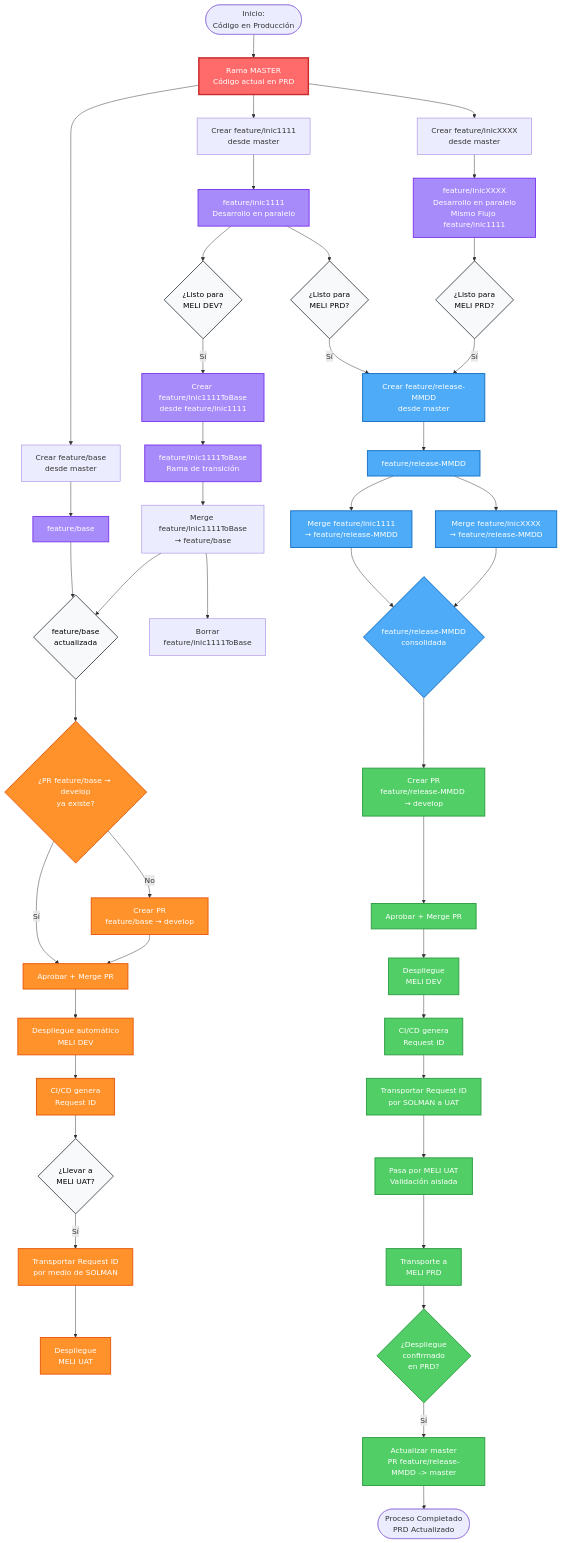
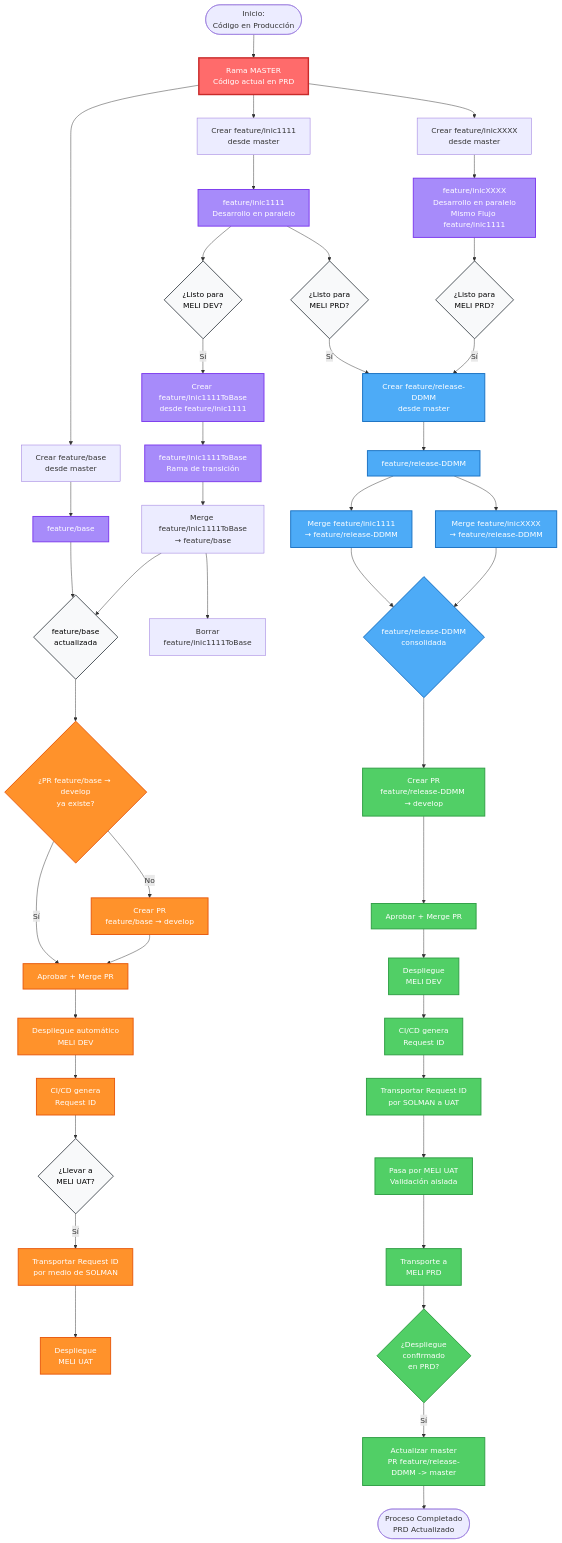
The diagram in flujo-github-paralelo.md (jajaramillo/flujo-github-paralelo), drawn with Mermaid before and after one commit. The commit also changed other lines of this file, not shown here.

Commit message:
Update release format from MMDD to DDMM

````diff
--- a/flujo-github-paralelo.md
+++ b/flujo-github-paralelo.md
@@ -23,81 +23,81 @@
 ```mermaid
 flowchart TD
     Start([Inicio:<br/>Código en Producción]) --> Master[Rama MASTER<br/>Código actual en PRD]
     
     
     Master --> CreateBase[Crear feature/base<br/>desde master]
     Master --> CreateDev1[Crear feature/inic1111<br/>desde master]    
     Master --> CreateDevN[Crear feature/inicXXXX<br/>desde master]
        
     CreateBase --> Base[feature/base]
     CreateDev1 --> Dev1[feature/inic1111<br/>Desarrollo en paralelo]    
     CreateDevN --> DevN[feature/inicXXXX<br/>Desarrollo en paralelo<br/>Mismo Flujo feature/inic1111]
     
     %% Flujo para MELI DEV
     Dev1 --> DecisionDev1{¿Listo para<br/>MELI DEV?}
     DecisionDev1 -->|Sí| CreateTrans1[Crear feature/inic1111ToBase<br/>desde feature/inic1111]
     CreateTrans1 --> Trans1[feature/inic1111ToBase<br/>Rama de transición]
     Trans1 --> MergeToBase1[Merge feature/inic1111ToBase<br/>→ feature/base]
     
           
     Base --> BaseLista
     MergeToBase1 --> BaseLista{feature/base<br/>actualizada}
     MergeToBase1 --> DeleteTrans1[Borrar<br/>feature/inic1111ToBase]
     
     BaseLista --> PRDevExists{¿PR feature/base → develop<br/>ya existe?}
     PRDevExists -->|No| CreatePRDev[Crear PR<br/>feature/base → develop]
     PRDevExists -->|Sí| ApproveDev
     CreatePRDev --> ApproveDev[Aprobar + Merge PR]
     ApproveDev --> DeployDev[Despliegue automático<br/>MELI DEV]
     DeployDev --> RequestIDDev[CI/CD genera<br/>Request ID]
     
     %% Flujo para MELI UAT
     RequestIDDev --> DecisionUAT{¿Llevar a<br/>MELI UAT?}
     DecisionUAT -->|Sí| TransportUAT[Transportar Request ID<br/>por medio de SOLMAN]
     TransportUAT --> DeployUAT[Despliegue<br/>MELI UAT]
     
     %% Flujo para MELI PRD
     Dev1 --> DecisionPRD1{¿Listo para<br/>MELI PRD?}
     DevN --> DecisionPRDN{¿Listo para<br/>MELI PRD?}
     
-    DecisionPRD1 -->|Sí| CreateRelease[Crear feature/release-MMDD<br/>desde master]
+    DecisionPRD1 -->|Sí| CreateRelease[Crear feature/release-DDMM<br/>desde master]
     DecisionPRDN -->|Sí| CreateRelease
     
-    CreateRelease --> Release[feature/release-MMDD]
-    Release --> MergeInit1[Merge feature/inic1111<br/>→ feature/release-MMDD]
-    Release --> MergeInitN[Merge feature/inicXXXX<br/>→ feature/release-MMDD]
+    CreateRelease --> Release[feature/release-DDMM]
+    Release --> MergeInit1[Merge feature/inic1111<br/>→ feature/release-DDMM]
+    Release --> MergeInitN[Merge feature/inicXXXX<br/>→ feature/release-DDMM]
     
     MergeInit1 --> ReleaseReady
-    MergeInitN --> ReleaseReady{feature/release-MMDD<br/>consolidada}
+    MergeInitN --> ReleaseReady{feature/release-DDMM<br/>consolidada}
     
-    ReleaseReady --> PRProd[Crear PR<br/>feature/release-MMDD → develop]
+    ReleaseReady --> PRProd[Crear PR<br/>feature/release-DDMM → develop]
     
     PRProd --> ApproveProd[Aprobar + Merge PR]
     
     ApproveProd --> DeployDevProd[Despliegue<br/>MELI DEV]
     DeployDevProd --> RequestIDProd[CI/CD genera<br/>Request ID]
     
     RequestIDProd --> TransportProd[Transportar Request ID<br/>por SOLMAN a UAT]
     TransportProd --> UATCheck[Pasa por MELI UAT<br/>Validación aislada]
     UATCheck --> TransportPRD[Transporte a<br/>MELI PRD]
     
     %% Actualización post-producción    
     TransportPRD --> ConfirmPRD{¿Despliegue<br/>confirmado<br/>en PRD?}
-    ConfirmPRD -->|Sí| UpdateMaster[Actualizar master<br/>PR feature/release-MMDD -> master]
+    ConfirmPRD -->|Sí| UpdateMaster[Actualizar master<br/>PR feature/release-DDMM -> master]
     UpdateMaster --> End([Proceso Completado<br/>PRD Actualizado])
     
     %% Estilos
     classDef mainBranchStyle fill:#ff6b6b,stroke:#c92a2a,stroke-width:3px,color:#fff
     classDef featureBranchStyle fill:#a78bfa,stroke:#7c3aed,stroke-width:2px,color:#fff
     classDef releaseBranchStyle fill:#4dabf7,stroke:#1971c2,stroke-width:2px,color:#fff
     classDef devPathStyle fill:#ff922b,stroke:#e8590c,stroke-width:2px,color:#fff
     classDef prdPathStyle fill:#51cf66,stroke:#2f9e44,stroke-width:2px,color:#fff
     classDef decisionStyle fill:#f8f9fa,stroke:#495057,stroke-width:2px,color:#000
     
     class Master mainBranchStyle
     class Base,Dev1,DevN,Trans1,CreateTrans1 featureBranchStyle
     class Release,CreateRelease,MergeInit1,MergeInitN,ReleaseReady releaseBranchStyle
     class PRDevExists,CreatePRDev,ApproveDev,DeployDev,RequestIDDev,TransportUAT,DeployUAT devPathStyle
     class PRProd,ApproveProd,DeployDevProd,RequestIDProd,TransportProd,UATCheck,TransportPRD,ConfirmPRD,UpdateMaster prdPathStyle
     class DecisionDev1,DecisionPRD1,DecisionPRDN,DecisionUAT,BaseLista decisionStyle
 ```
````
